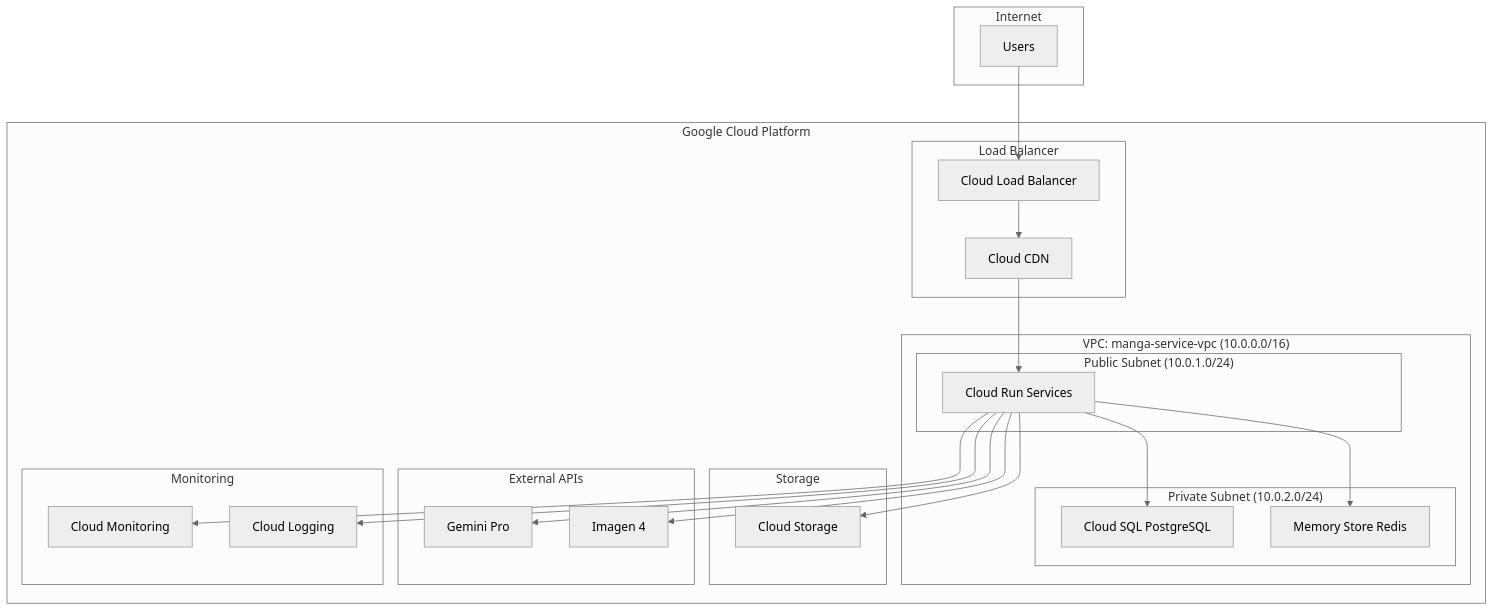
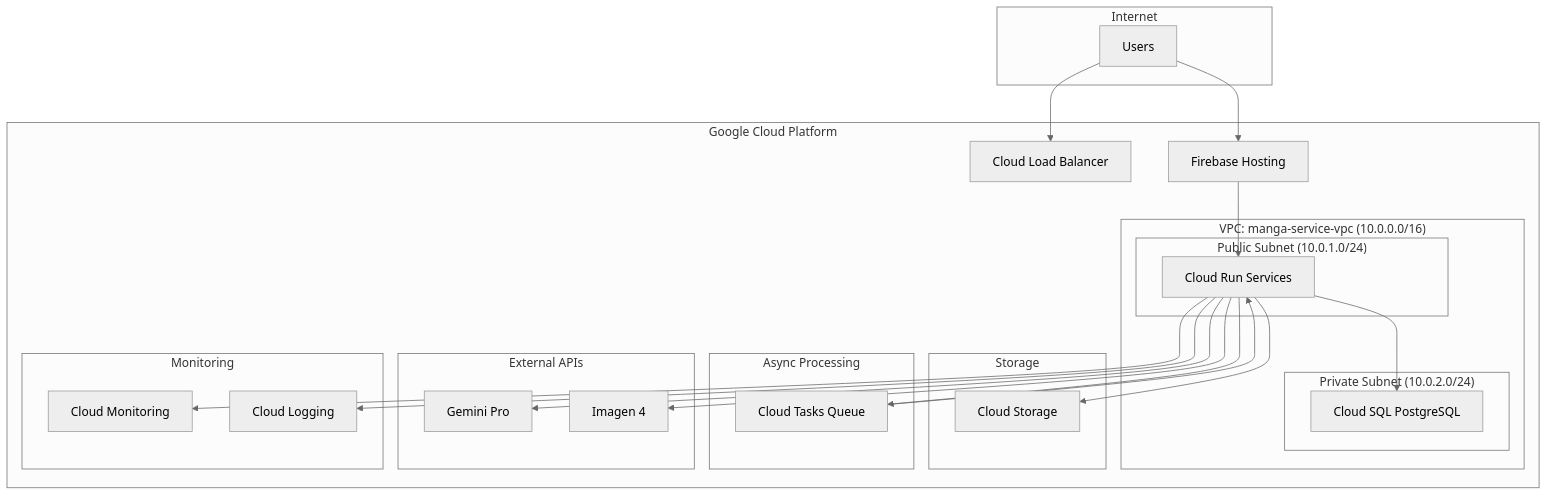
The first of 2 diagrams in docs/09.インフラ設計書.md (WLONEGI/AI_Agent_Hackathon_with_Google_Cloud_3rd), drawn with Mermaid (neutral theme) before and after one commit. The commit also changed other lines of this file and 357 other files, not shown here.

````diff
--- a/docs/09.インフラ設計書.md
+++ b/docs/09.インフラ設計書.md
@@ -64,49 +65,51 @@
 ```mermaid
 graph TB
     subgraph "Internet"
         U[Users]
     end
     
     subgraph "Google Cloud Platform"
-        subgraph "Load Balancer"
-            LB[Cloud Load Balancer]
-            CDN[Cloud CDN]
-        end
+        LB[Cloud Load Balancer]
+        FH[Firebase Hosting]
         
         subgraph "VPC: manga-service-vpc (10.0.0.0/16)"
             subgraph "Public Subnet (10.0.1.0/24)"
                 CR[Cloud Run Services]
             end
             
             subgraph "Private Subnet (10.0.2.0/24)"
                 DB[Cloud SQL PostgreSQL]
-                RD[Memory Store Redis]
             end
         end
         
         subgraph "Storage"
             CS[Cloud Storage]
+        end
+
+        subgraph "Async Processing"
+            QT[Cloud Tasks Queue]
         end
         
         subgraph "External APIs"
             GM[Gemini Pro]
             IM[Imagen 4]
         end
         
         subgraph "Monitoring"
             MON[Cloud Monitoring]
             LOG[Cloud Logging]
         end
     end
     
+    U --> FH
     U --> LB
-    LB --> CDN
-    CDN --> CR
+    FH --> CR
     CR --> DB
-    CR --> RD
     CR --> CS
+    CR --> QT
     CR --> GM
     CR --> IM
     CR --> MON
     CR --> LOG
+    QT --> CR
 ```
````
